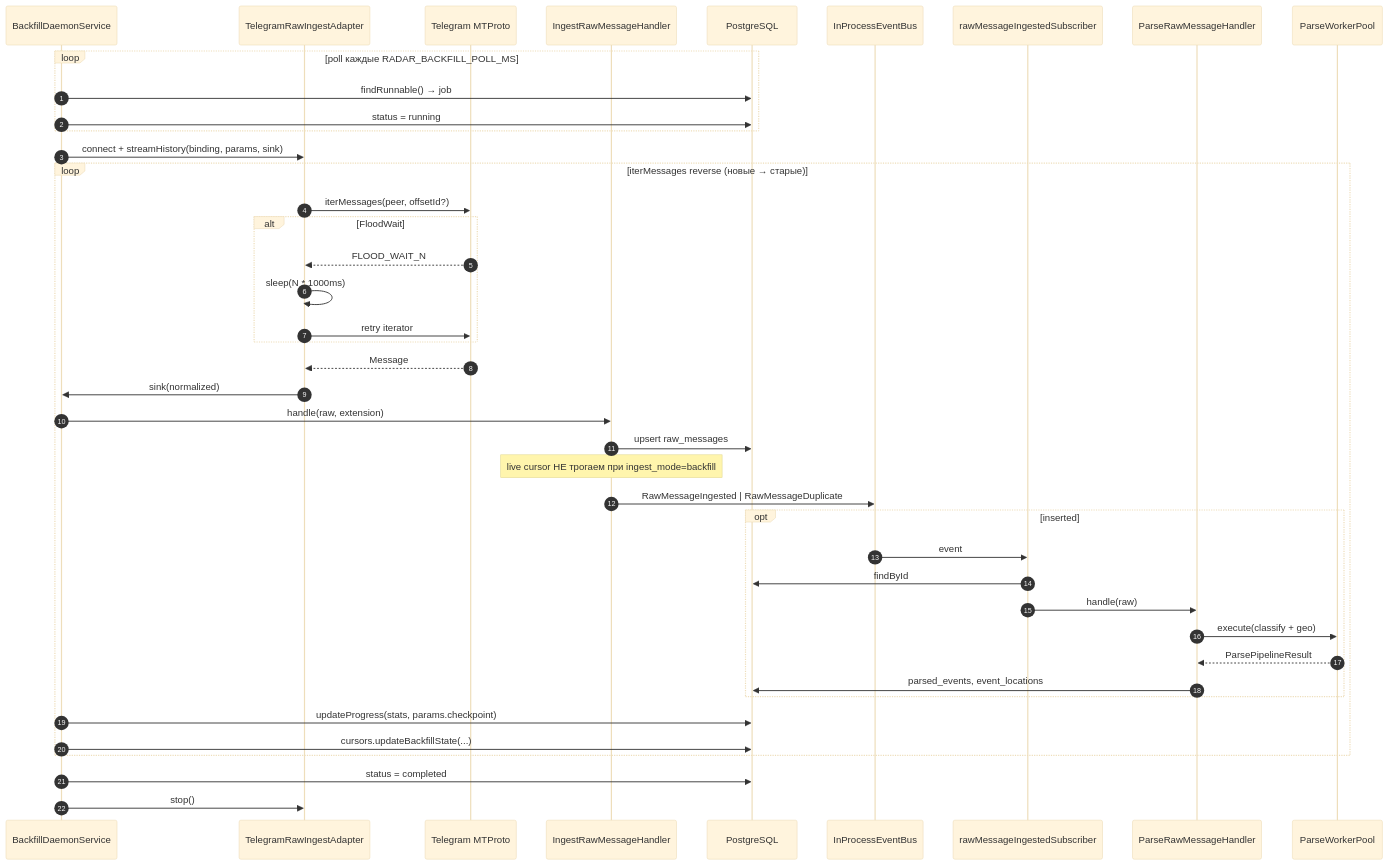
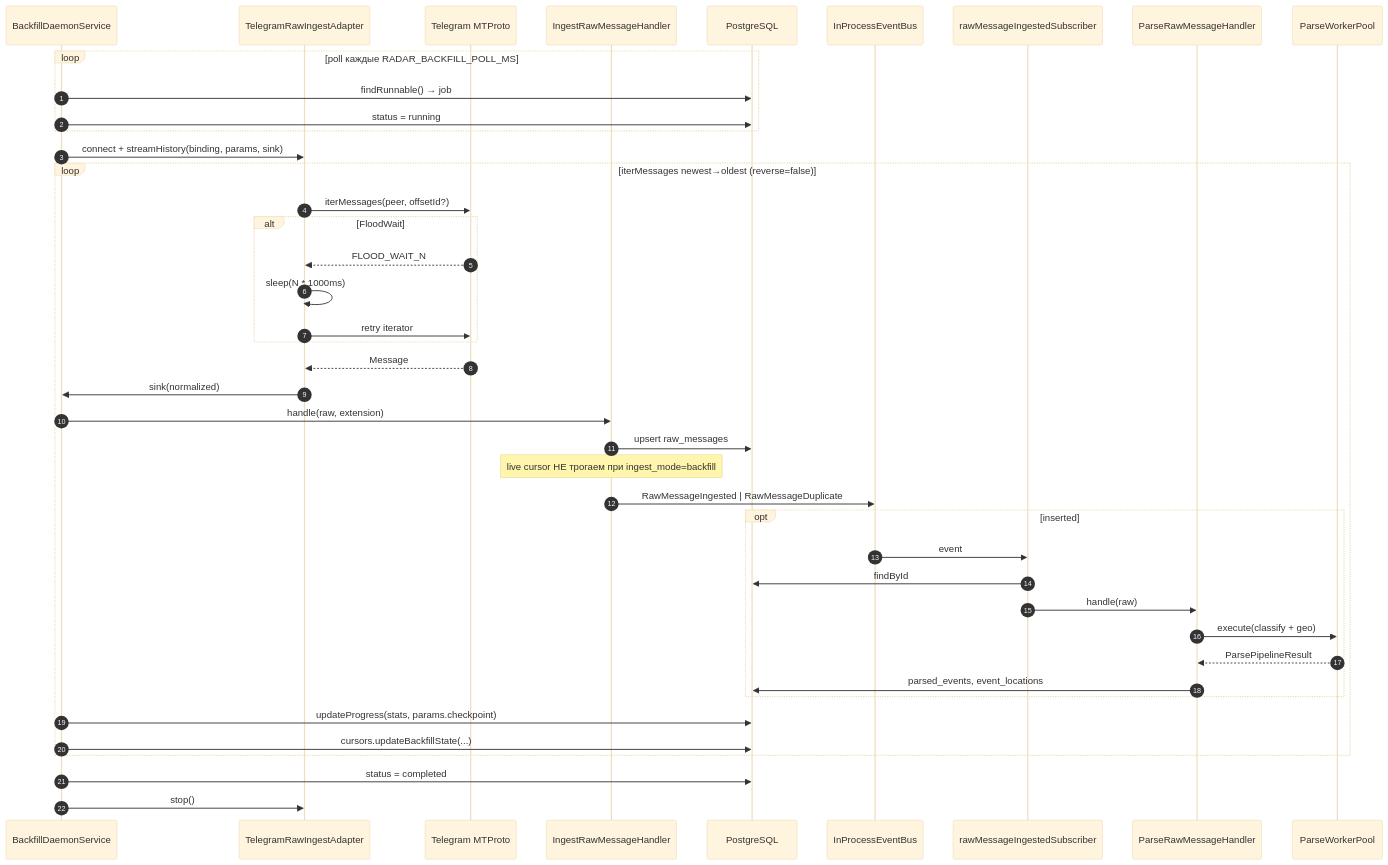
Before and after one commit to exclusiveLogin/radar: the third of 7 diagrams in docs/backfill-v2-pipeline.md, drawn with Mermaid (base theme). The commit also changed other lines of this file and 39 other files, not shown here.

````diff
--- a/docs/backfill-v2-pipeline.md
+++ b/docs/backfill-v2-pipeline.md
@@ -286,48 +286,48 @@
 ```mermaid
 sequenceDiagram
   autonumber
   participant Daemon as BackfillDaemonService
   participant Adapter as TelegramRawIngestAdapter
   participant TG as Telegram MTProto
   participant Ingest as IngestRawMessageHandler
   participant DB as PostgreSQL
   participant Bus as InProcessEventBus
   participant Sub as rawMessageIngestedSubscriber
   participant Parse as ParseRawMessageHandler
   participant Pool as ParseWorkerPool
 
   loop poll каждые RADAR_BACKFILL_POLL_MS
     Daemon->>DB: findRunnable() → job
     Daemon->>DB: status = running
   end
 
   Daemon->>Adapter: connect + streamHistory(binding, params, sink)
 
-  loop iterMessages reverse (новые → старые)
+  loop iterMessages newest→oldest (reverse=false)
     Adapter->>TG: iterMessages(peer, offsetId?)
     alt FloodWait
       TG-->>Adapter: FLOOD_WAIT_N
       Adapter->>Adapter: sleep(N * 1000ms)
       Adapter->>TG: retry iterator
     end
     TG-->>Adapter: Message
     Adapter->>Daemon: sink(normalized)
     Daemon->>Ingest: handle(raw, extension)
     Ingest->>DB: upsert raw_messages
   Note over Ingest: live cursor НЕ трогаем при ingest_mode=backfill
     Ingest->>Bus: RawMessageIngested | RawMessageDuplicate
     opt inserted
       Bus->>Sub: event
       Sub->>DB: findById
       Sub->>Parse: handle(raw)
       Parse->>Pool: execute(classify + geo)
       Pool-->>Parse: ParsePipelineResult
       Parse->>DB: parsed_events, event_locations
     end
     Daemon->>DB: updateProgress(stats, params.checkpoint)
     Daemon->>DB: cursors.updateBackfillState(...)
   end
 
   Daemon->>DB: status = completed
   Daemon->>Adapter: stop()
 ```
````
